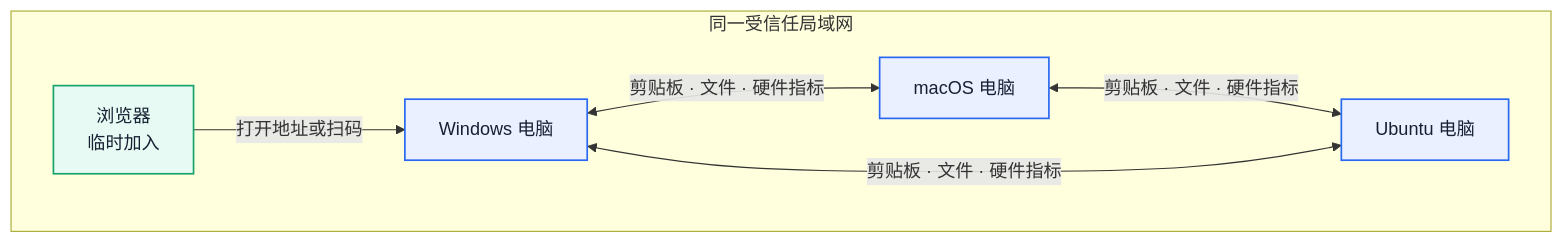
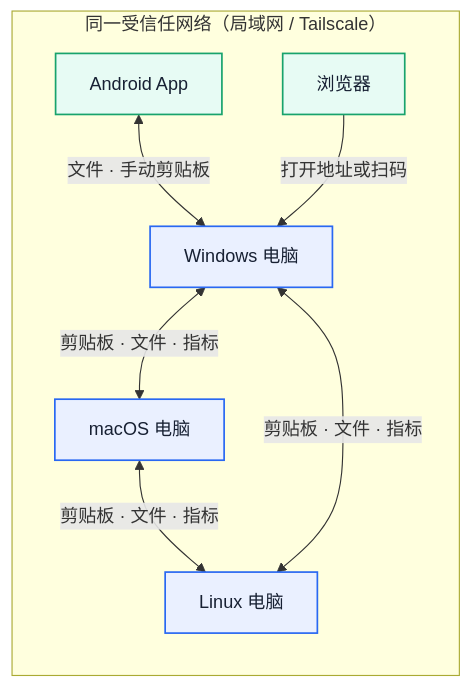
The second of 4 diagrams in README.md (yangjinming1062/MeshShare), drawn with Mermaid before and after one commit. The commit also changed other lines of this file and 5 other files, not shown here.

First line of the commit message:
docs(readme,docs): 重构 README 为图表化能力清单，并按代码现状精简五份工程文档

````diff
--- a/README.md
+++ b/README.md
@@ -65,18 +81,19 @@
 ```mermaid
 flowchart LR
-  subgraph LAN["同一受信任局域网"]
-    direction LR
+  subgraph LAN["同一受信任网络（局域网 / Tailscale）"]
     A["Windows 电脑"]
     B["macOS 电脑"]
-    C["Ubuntu 电脑"]
-    P["浏览器<br/>临时加入"]
+    C["Linux 电脑"]
+    D["Android App"]
+    P["浏览器"]
   end
-  A <-->|"剪贴板 · 文件 · 硬件指标"| B
-  B <-->|"剪贴板 · 文件 · 硬件指标"| C
-  A <-->|"剪贴板 · 文件 · 硬件指标"| C
+  A <-->|"剪贴板 · 文件 · 指标"| B
+  B <-->|"剪贴板 · 文件 · 指标"| C
+  A <-->|"剪贴板 · 文件 · 指标"| C
+  D <-->|"文件 · 手动剪贴板"| A
   P -->|"打开地址或扫码"| A
   classDef device fill:#eaf0ff,stroke:#2968f2,stroke-width:1.5px,color:#172033
   classDef phone fill:#e7fbf4,stroke:#18a36c,stroke-width:1.5px,color:#172033
   class A,B,C device
-  class P phone
+  class D,P phone
 ```
````
